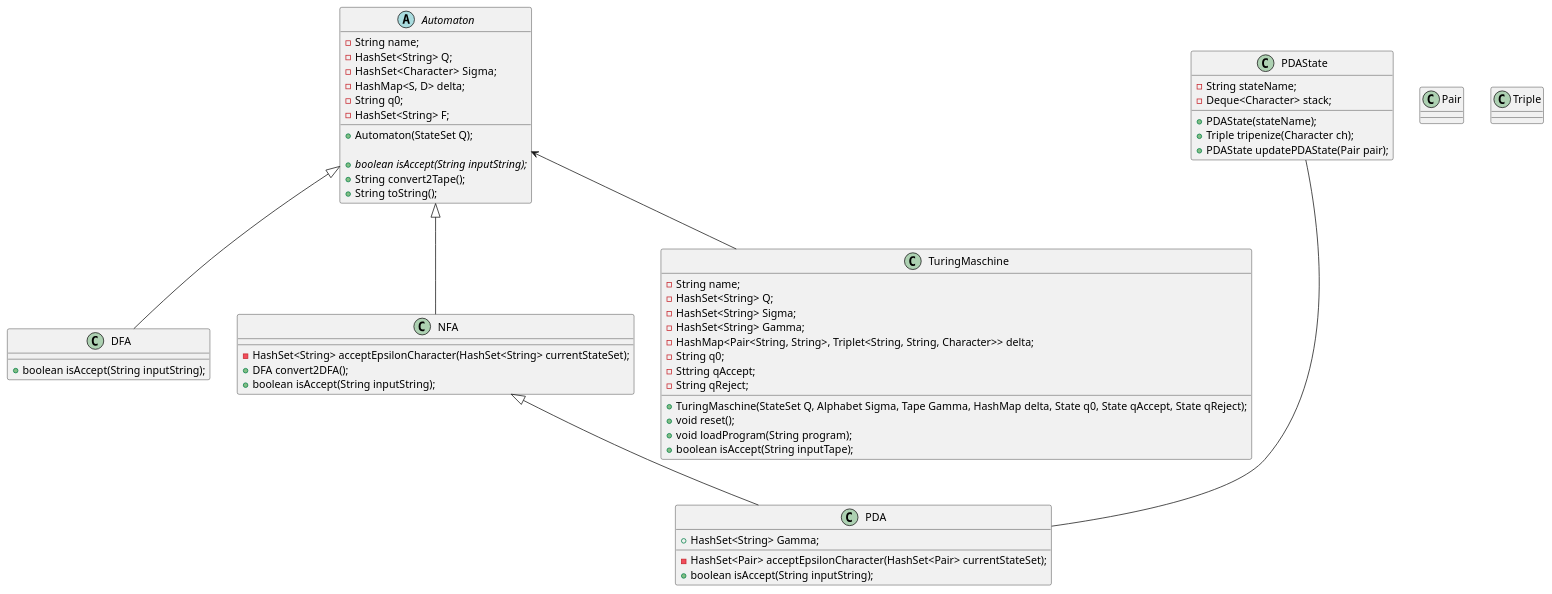
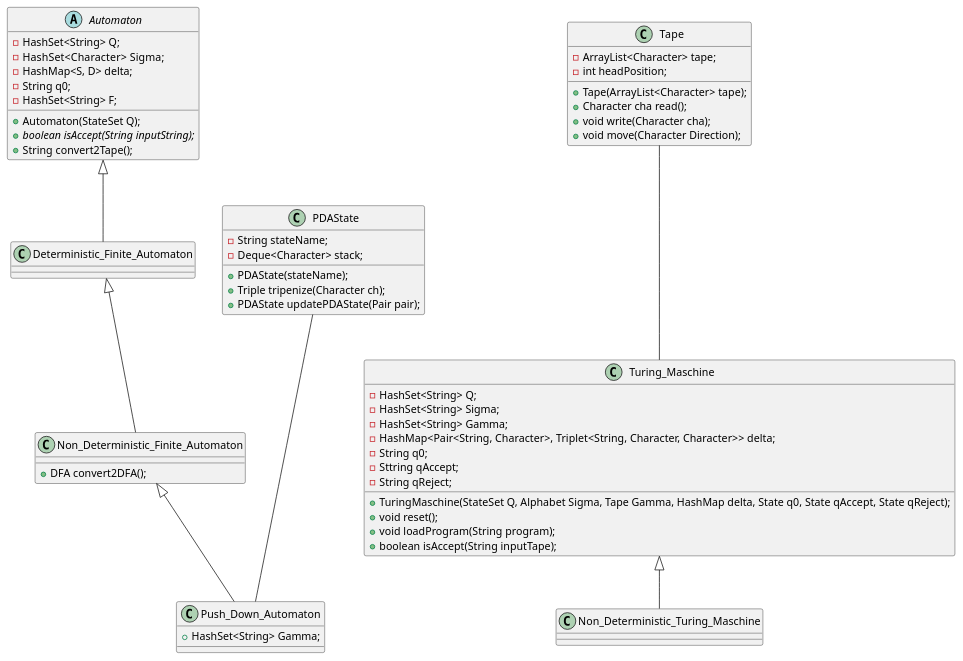
The diagram in Automaton.puml (okn-yu/ComputationalComplexityTheory), drawn with PlantUML before and after one commit. The commit also changed 4 other files, not shown here.

```diff
--- a/Automaton.puml
+++ b/Automaton.puml
@@ -1,73 +1,71 @@
 @startuml
 
 abstract Automaton {
-- String name;
 - HashSet<String> Q;
 - HashSet<Character>  Sigma;
 - HashMap<S, D> delta;
 - String q0;
 - HashSet<String> F;
-
 + Automaton(StateSet Q);
-
 + {abstract} boolean isAccept(String inputString);
 + String convert2Tape();
-+ String toString();
-
 }
 
-Automaton <|-- DFA
-class DFA {
-+ boolean isAccept(String inputString);
+Automaton <|-- Deterministic_Finite_Automaton
+class Deterministic_Finite_Automaton {
 }
 
-Automaton <|-- NFA
-class NFA {
-- HashSet<String> acceptEpsilonCharacter(HashSet<String> currentStateSet);
+Deterministic_Finite_Automaton <|-- Non_Deterministic_Finite_Automaton
+class  Non_Deterministic_Finite_Automaton {
 + DFA convert2DFA();
-+ boolean isAccept(String inputString);
 }
 
-NFA <|-- PDA
-class PDA {
+Non_Deterministic_Finite_Automaton <|-- Push_Down_Automaton
+class Push_Down_Automaton {
 + HashSet<String> Gamma;
-- HashSet<Pair> acceptEpsilonCharacter(HashSet<Pair> currentStateSet);
-+ boolean isAccept(String inputString);
 }
 
-PDAState --- PDA
+PDAState --- Push_Down_Automaton
 
 class PDAState {
 - String stateName;
 - Deque<Character> stack;
 
 + PDAState(stateName);
 + Triple tripenize(Character ch);
 + PDAState updatePDAState(Pair pair);
 }
 
-Automaton <-- TuringMaschine
-
-class TuringMaschine{
-- String name;
+class Turing_Maschine{
 - HashSet<String> Q;
 - HashSet<String> Sigma;
 - HashSet<String> Gamma;
-- HashMap<Pair<String, String>, Triplet<String, String, Character>> delta;
+- HashMap<Pair<String, Character>, Triplet<String, Character, Character>> delta;
 - String q0;
 - Sttring qAccept;
 - String qReject;
 
 + TuringMaschine(StateSet Q, Alphabet Sigma, Tape Gamma, HashMap delta, State q0, State qAccept, State qReject);
 + void reset();
 + void loadProgram(String program);
 + boolean isAccept(String inputTape);
 }
 
-class Pair {
+Turing_Maschine <|-- Non_Deterministic_Turing_Maschine
+
+class Non_Deterministic_Turing_Maschine{
 }
 
-class Triple {
+Tape --- Turing_Maschine
+
+class Tape{
+- ArrayList<Character> tape;
+- int headPosition;
+
++ Tape(ArrayList<Character> tape);
++ Character cha read();
++ void write(Character cha);
++ void move(Character Direction);
 }
 
 @enduml
```
